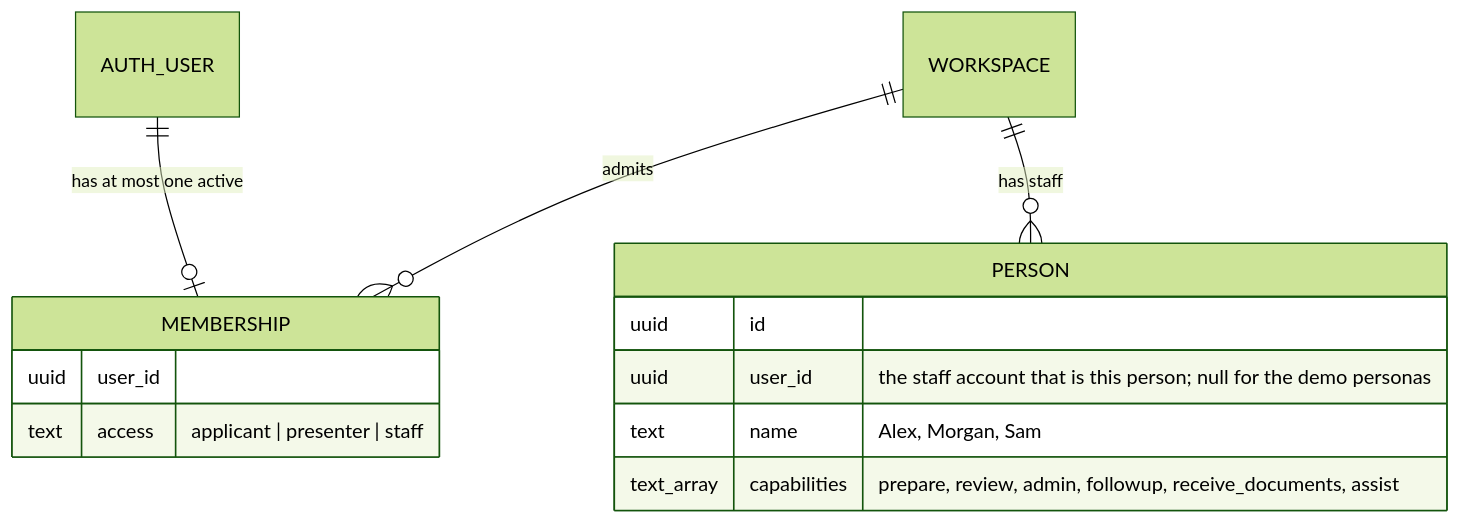
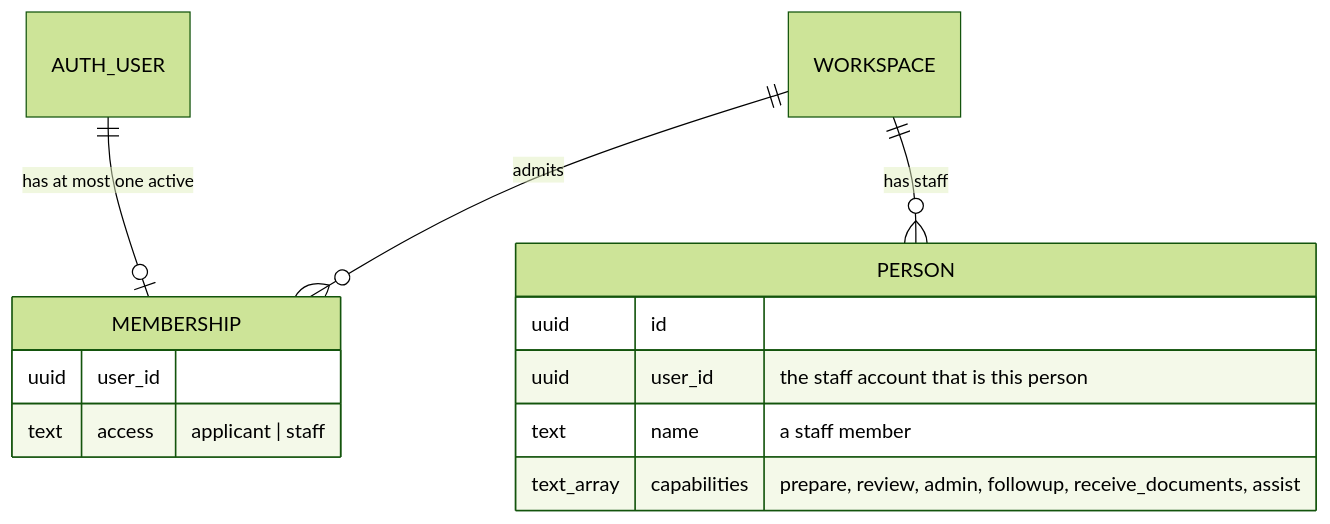
Before and after one commit to jin-yu-yang/vitally: the first of 2 diagrams in docs/developer/architecture.md, drawn with Mermaid (forest theme). The commit also changed other lines of this file and 69 other files, not shown here.

First line of the commit message:
Remove presenter access (OpenSpec change remove-presenter-access) (#182)

````diff
--- a/docs/developer/architecture.md
+++ b/docs/developer/architecture.md
@@ -38,16 +38,16 @@
 ```mermaid
 erDiagram
   AUTH_USER ||--o| MEMBERSHIP : "has at most one active"
   WORKSPACE ||--o{ MEMBERSHIP : "admits"
   WORKSPACE ||--o{ PERSON : "has staff"
   MEMBERSHIP {
     uuid user_id
-    text access "applicant | presenter | staff"
+    text access "applicant | staff"
   }
   PERSON {
     uuid id
-    uuid user_id "the staff account that is this person; null for the demo personas"
-    text name "Alex, Morgan, Sam"
+    uuid user_id "the staff account that is this person"
+    text name "a staff member"
     text_array capabilities "prepare, review, admin, followup, receive_documents, assist"
   }
 ```
````
